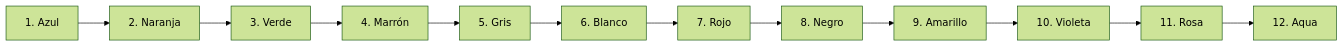
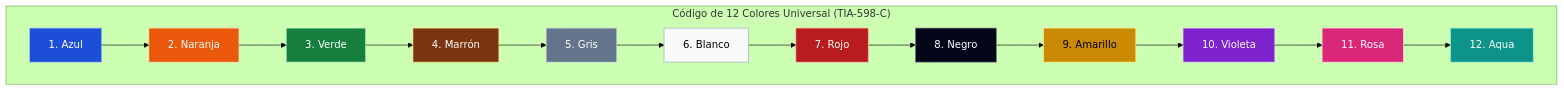
The first of 2 diagrams in Teoria/Modulo_3_Cableado_Estructurado/04_Medios_Fisicos_Categorias_Fibra.md (ch4rf/redes-computadoras), drawn with Mermaid (forest theme) before and after one commit. The commit also changed other lines of this file and 12 other files, not shown here.

Commit message:
fix: reemplazar arte ascii por diagramas nativos mermaid y tablas responsivas para obsidian y vscode

````diff
--- a/Teoria/Modulo_3_Cableado_Estructurado/04_Medios_Fisicos_Categorias_Fibra.md
+++ b/Teoria/Modulo_3_Cableado_Estructurado/04_Medios_Fisicos_Categorias_Fibra.md
@@ -16,6 +10,22 @@
 ```mermaid
-graph LR
-    C1["1. Azul"] --> C2["2. Naranja"] --> C3["3. Verde"] --> C4["4. Marrón"]
-    C4 --> C5["5. Gris"] --> C6["6. Blanco"] --> C7["7. Rojo"] --> C8["8. Negro"]
-    C8 --> C9["9. Amarillo"] --> C10["10. Violeta"] --> C11["11. Rosa"] --> C12["12. Aqua"]
+flowchart LR
+    subgraph TIA598 ["Código de 12 Colores Universal (TIA-598-C)"]
+        direction LR
+        C1["1. Azul"] --> C2["2. Naranja"] --> C3["3. Verde"] --> C4["4. Marrón"]
+        C4 --> C5["5. Gris"] --> C6["6. Blanco"] --> C7["7. Rojo"] --> C8["8. Negro"]
+        C8 --> C9["9. Amarillo"] --> C10["10. Violeta"] --> C11["11. Rosa"] --> C12["12. Aqua"]
+    end
+
+    style C1 fill:#1d4ed8,stroke:#93c5fd,color:#fff
+    style C2 fill:#ea580c,stroke:#fed7aa,color:#fff
+    style C3 fill:#15803d,stroke:#bbf7d0,color:#fff
+    style C4 fill:#78350f,stroke:#fde68a,color:#fff
+    style C5 fill:#64748b,stroke:#cbd5e1,color:#fff
+    style C6 fill:#f8fafc,stroke:#94a3b8,color:#000
+    style C7 fill:#b91c1c,stroke:#fca5a5,color:#fff
+    style C8 fill:#020617,stroke:#64748b,color:#fff
+    style C9 fill:#ca8a04,stroke:#fef08a,color:#000
+    style C10 fill:#7e22ce,stroke:#e9d5ff,color:#fff
+    style C11 fill:#db2777,stroke:#fbcfe8,color:#fff
+    style C12 fill:#0d9488,stroke:#99f6e4,color:#fff
 ```
````
